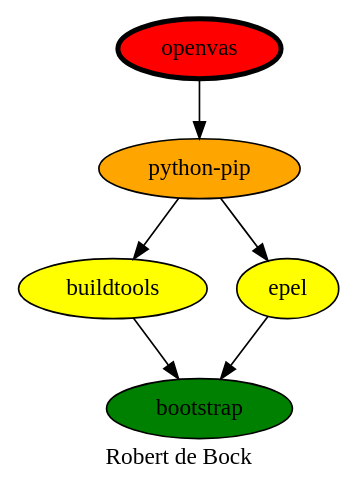
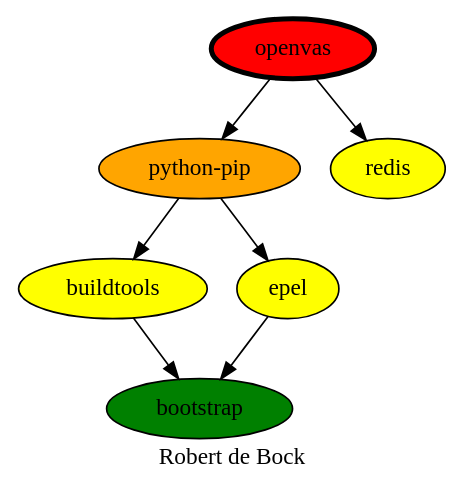
Before and after one commit to robertdebock/drawings: the diagram in openvas.dot, drawn with Graphviz. The commit also changed 1 other file, not shown here.

Commit message:
Openvas depends on redis.

```diff
--- a/openvas.dot
+++ b/openvas.dot
@@ -1,14 +1,15 @@
 digraph PhiloDilemma {
   label = "Robert de Bock" ;
   overlap=false
   {
     bootstrap [fillcolor=green style=filled]
     buildtools [fillcolor=yellow style=filled]
     epel [fillcolor=yellow style=filled]
     "python-pip" [fillcolor=orange style=filled]
+    redis [fillcolor=yellow style=filled]
     openvas [fillcolor=red style=filled penwidth=3]
   }
   {buildtools epel} -> bootstrap
   "python-pip" -> {buildtools epel}
-  openvas -> "python-pip"
+  openvas -> {"python-pip" redis}
 }
```
